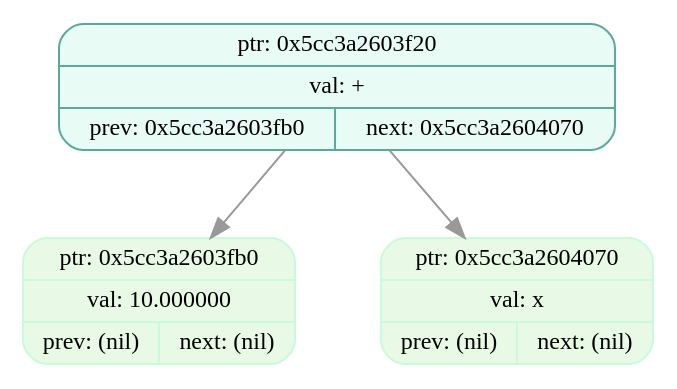
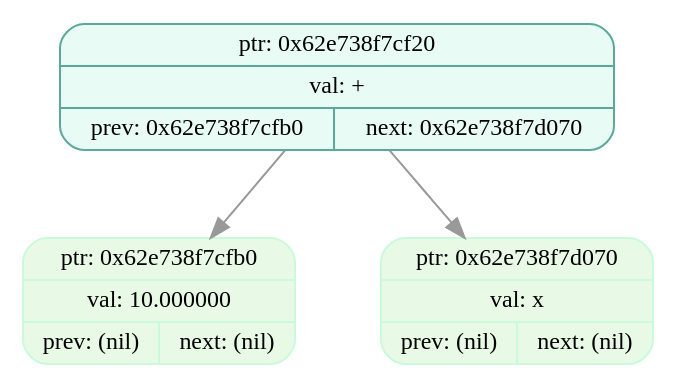
One commit to EvilTomato9890/Difference changed the diagram in dumps/tree_dump_003.dot. Above: the diagram before and after it, drawn with Graphviz. The commit also changed 37 other files, not shown here.

```diff
--- a/dumps/tree_dump_003.dot
+++ b/dumps/tree_dump_003.dot
@@ -1,9 +1,9 @@
 digraph T{
   node [fontname="Fira Mono",shape=record,style="filled,rounded",fontsize=12];
   graph [splines=true, nodesep=0.6, ranksep=0.6];
-  node_0x5cc3a2603f20[shape=record,label="{ {ptr: 0x5cc3a2603f20} | {val: +} | { prev: 0x5cc3a2603fb0 | next: 0x5cc3a2604070 } }",color="#5aa99b",fillcolor="#e9fbf5"];
-  node_0x5cc3a2603fb0[shape=record,label="{ {ptr: 0x5cc3a2603fb0} | {val: 10.000000} | { prev: (nil) | next: (nil) } }",color="#c9fbdbff",fillcolor="#e8f9e5ff"];
-  node_0x5cc3a2604070[shape=record,label="{ {ptr: 0x5cc3a2604070} | {val: x} | { prev: (nil) | next: (nil) } }",color="#c9fbdbff",fillcolor="#e8f9e5ff"];
-  node_0x5cc3a2603f20 -> node_0x5cc3a2603fb0 [color="#999999"];
-  node_0x5cc3a2603f20 -> node_0x5cc3a2604070 [color="#999999"];
+  node_0x62e738f7cf20[shape=record,label="{ {ptr: 0x62e738f7cf20} | {val: +} | { prev: 0x62e738f7cfb0 | next: 0x62e738f7d070 } }",color="#5aa99b",fillcolor="#e9fbf5"];
+  node_0x62e738f7cfb0[shape=record,label="{ {ptr: 0x62e738f7cfb0} | {val: 10.000000} | { prev: (nil) | next: (nil) } }",color="#c9fbdbff",fillcolor="#e8f9e5ff"];
+  node_0x62e738f7d070[shape=record,label="{ {ptr: 0x62e738f7d070} | {val: x} | { prev: (nil) | next: (nil) } }",color="#c9fbdbff",fillcolor="#e8f9e5ff"];
+  node_0x62e738f7cf20 -> node_0x62e738f7cfb0 [color="#999999"];
+  node_0x62e738f7cf20 -> node_0x62e738f7d070 [color="#999999"];
 }
```
